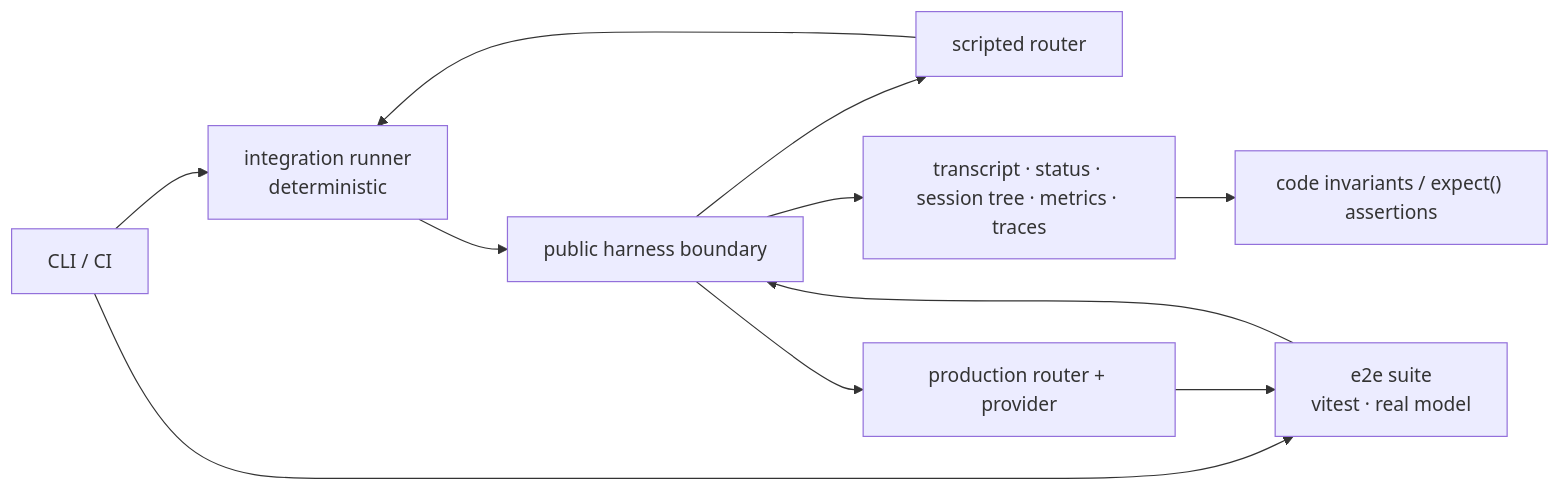
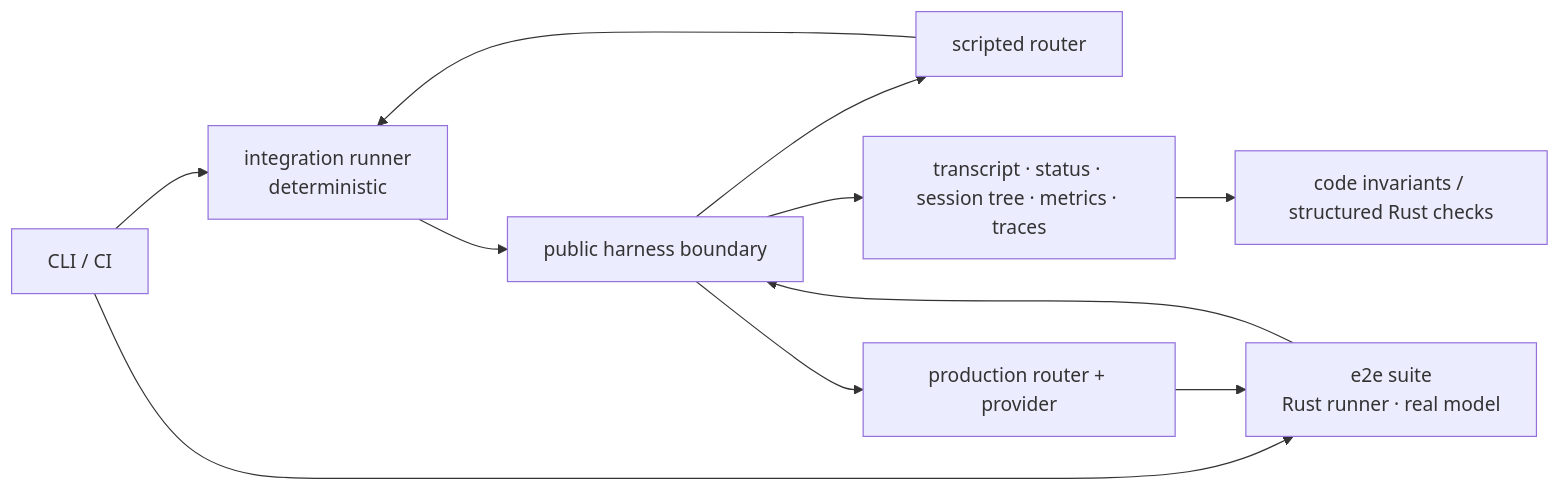
One commit to iii-hq/iii changed the diagram in tech-specs/2026-07-15-harness-evaluation/README.md. Above: the diagram before and after it, drawn with Mermaid. The commit also changed other lines of this file and 48 other files, not shown here.

````diff
--- a/tech-specs/2026-07-15-harness-evaluation/README.md
+++ b/tech-specs/2026-07-15-harness-evaluation/README.md
@@ -22,22 +22,22 @@
 ```mermaid
 flowchart LR
   ci["CLI / CI"]
   integration["integration runner<br/>deterministic"]
-  quality["e2e suite<br/>vitest · real model"]
+  quality["e2e suite<br/>Rust runner · real model"]
   harness["public harness boundary"]
   scripted["scripted router"]
   provider["production router + provider"]
   evidence["transcript · status · session tree · metrics · traces"]
-  grader["code invariants / expect() assertions"]
+  grader["code invariants / structured Rust checks"]
 
   ci --> integration
   ci --> quality
   integration --> harness
   quality --> harness
   harness --> scripted
   harness --> provider
   harness --> evidence
   scripted --> integration
   provider --> quality
   evidence --> grader
 ```
````
